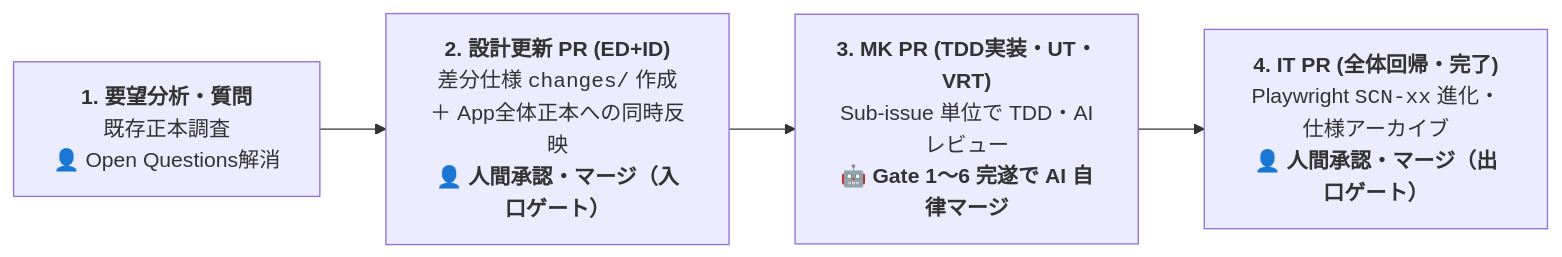
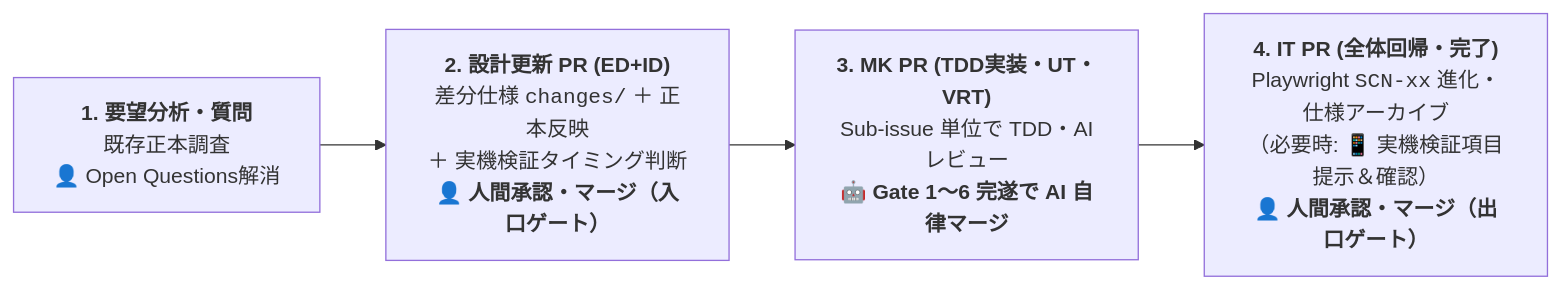
The diagram in docs/guidelines/workflow.md (high-soar/Yommy), drawn with Mermaid before and after one commit. The commit also changed other lines of this file and 10 other files, not shown here.

````diff
--- a/docs/guidelines/workflow.md
+++ b/docs/guidelines/workflow.md
@@ -38,9 +47,9 @@
 ```mermaid
 flowchart LR
     Step1["<b>1. 要望分析・質問</b><br>既存正本調査<br>👤 Open Questions解消"]
-    Step2["<b>2. 設計更新 PR (ED+ID)</b><br>差分仕様 <code>changes/</code> 作成<br>＋ App全体正本への同時反映<br>👤 <b>人間承認・マージ（入口ゲート）</b>"]
+    Step2["<b>2. 設計更新 PR (ED+ID)</b><br>差分仕様 <code>changes/</code> ＋ 正本反映<br>＋ 実機検証タイミング判断<br>👤 <b>人間承認・マージ（入口ゲート）</b>"]
     Step3["<b>3. MK PR (TDD実装・UT・VRT)</b><br>Sub-issue 単位で TDD・AIレビュー<br>🤖 <b>Gate 1〜6 完遂で AI 自律マージ</b>"]
-    Step4["<b>4. IT PR (全体回帰・完了)</b><br>Playwright <code>SCN-xx</code> 進化・仕様アーカイブ<br>👤 <b>人間承認・マージ（出口ゲート）</b>"]
+    Step4["<b>4. IT PR (全体回帰・完了)</b><br>Playwright <code>SCN-xx</code> 進化・仕様アーカイブ<br>（必要時: 📱 実機検証項目提示＆確認）<br>👤 <b>人間承認・マージ（出口ゲート）</b>"]
 
     Step1 --> Step2 --> Step3 --> Step4
 ```
````
